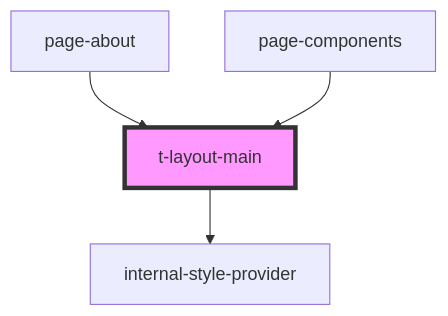
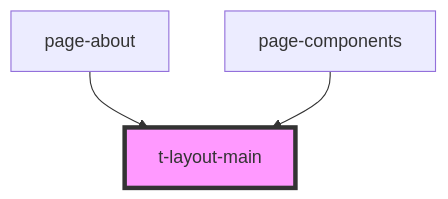
Before and after one commit to TomasEng/web-components: the diagram in packages/t-web-components/src/components/t-layout-main/readme.md, drawn with Mermaid. The commit also changed other lines of this file and 63 other files, not shown here.

````diff
--- a/packages/t-web-components/src/components/t-layout-main/readme.md
+++ b/packages/t-web-components/src/components/t-layout-main/readme.md
@@ -28,7 +24,6 @@
 ```mermaid
 graph TD;
-  t-layout-main --> internal-style-provider
   page-about --> t-layout-main
   page-components --> t-layout-main
   style t-layout-main fill:#f9f,stroke:#333,stroke-width:4px
 ```
````
